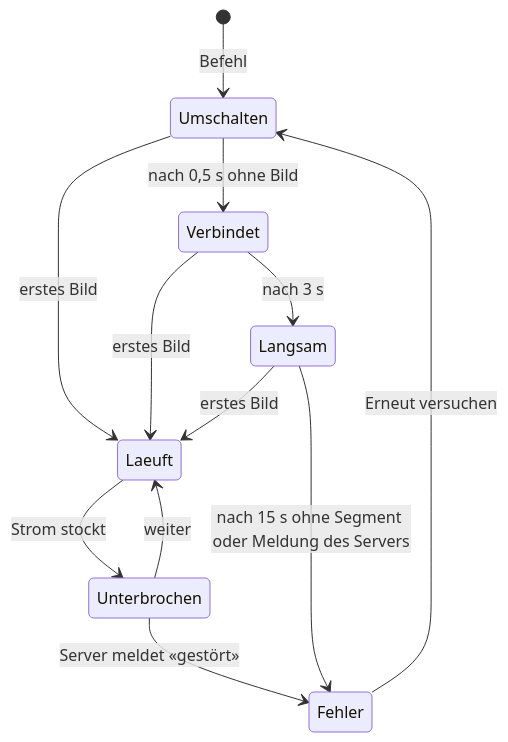
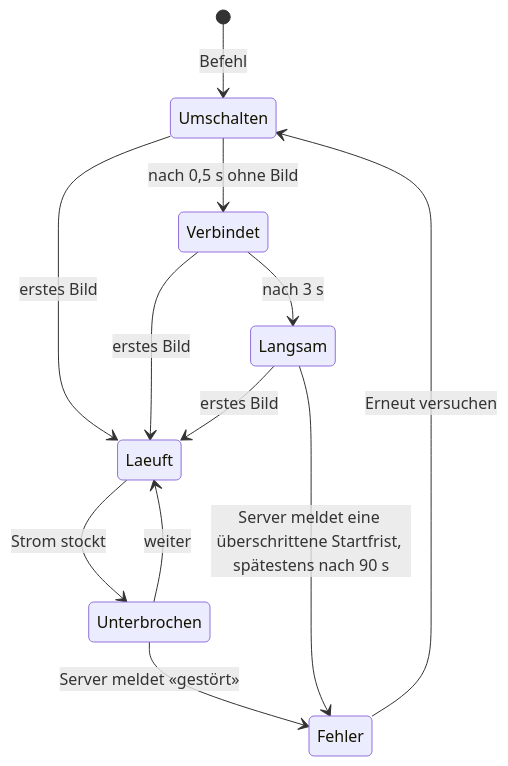
One commit to SlouchCat/slouchcat changed the second of 2 diagrams in docs/planning/28-live-tv/14-oberflaeche.md. Above: the diagram before and after it, drawn with Mermaid. The commit also changed other lines of this file and 1 other file, not shown here.

````diff
--- a/docs/planning/28-live-tv/14-oberflaeche.md
+++ b/docs/planning/28-live-tv/14-oberflaeche.md
@@ -1104,14 +1151,14 @@
 ```mermaid
 stateDiagram-v2
   [*] --> Umschalten: Befehl
   Umschalten --> Laeuft: erstes Bild
   Umschalten --> Verbindet: nach 0,5 s ohne Bild
   Verbindet --> Laeuft: erstes Bild
   Verbindet --> Langsam: nach 3 s
   Langsam --> Laeuft: erstes Bild
-  Langsam --> Fehler: nach 15 s ohne Segment oder Meldung des Servers
+  Langsam --> Fehler: Server meldet eine überschrittene Startfrist, spätestens nach 90 s
   Laeuft --> Unterbrochen: Strom stockt
   Unterbrochen --> Laeuft: weiter
   Unterbrochen --> Fehler: Server meldet «gestört»
   Fehler --> Umschalten: Erneut versuchen
 ```
````
